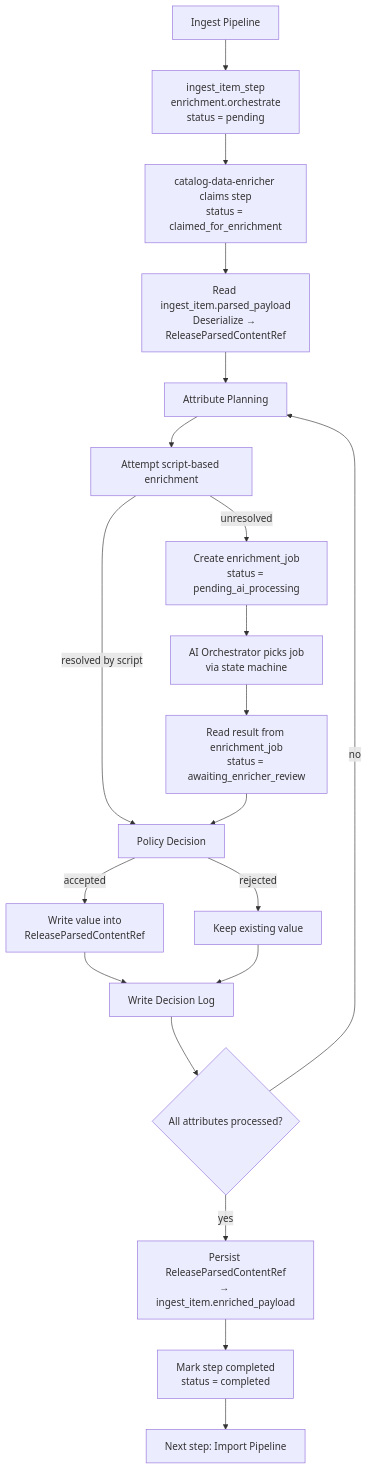
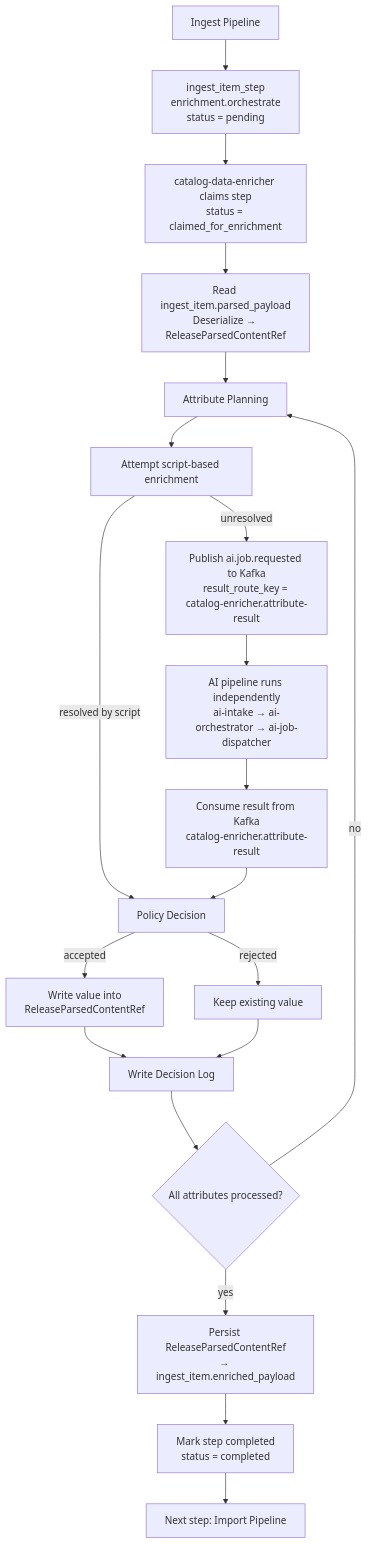
The first of 12 diagrams in monstrino-docs/docs/pipelines/data-ingestion/catalog-ingest/03-catalog-data-enricher.md (MafiaCoconut/Monstrino), drawn with Mermaid before and after one commit. The commit also changed other lines of this file and 68 other files, not shown here.

````diff
--- a/monstrino-docs/docs/pipelines/data-ingestion/catalog-ingest/03-catalog-data-enricher.md
+++ b/monstrino-docs/docs/pipelines/data-ingestion/catalog-ingest/03-catalog-data-enricher.md
@@ -46,36 +49,36 @@
 ```mermaid
 flowchart TD
 
 A[Ingest Pipeline] --> B[ingest_item_step<br/>enrichment.orchestrate<br/>status = pending]
 
 B --> C[catalog-data-enricher claims step<br/>status = claimed_for_enrichment]
 
 C --> D[Read ingest_item.parsed_payload<br/>Deserialize → ReleaseParsedContentRef]
 
 D --> E[Attribute Planning]
 
 E --> F[Attempt script-based enrichment]
 
 F -->|resolved by script| J[Policy Decision]
 
-F -->|unresolved| G[Create enrichment_job<br/>status = pending_ai_processing]
+F -->|unresolved| G[Publish ai.job.requested to Kafka<br/>result_route_key = catalog-enricher.attribute-result]
 
-G --> H[AI Orchestrator picks job<br/>via state machine]
+G --> H[AI pipeline runs independently<br/>ai-intake → ai-orchestrator → ai-job-dispatcher]
 
-H --> I[Read result from enrichment_job<br/>status = awaiting_enricher_review]
+H --> I[Consume result from Kafka<br/>catalog-enricher.attribute-result]
 
 I --> J
 
 J -->|accepted| K[Write value into<br/>ReleaseParsedContentRef]
 J -->|rejected| L[Keep existing value]
 
 K --> M[Write Decision Log]
 L --> M
 
 M --> P{All attributes processed?}
 P -->|no| E
 P -->|yes| Q[Persist ReleaseParsedContentRef<br/>→ ingest_item.enriched_payload]
 
 Q --> R[Mark step completed<br/>status = completed]
 R --> S[Next step: Import Pipeline]
 ```
````
